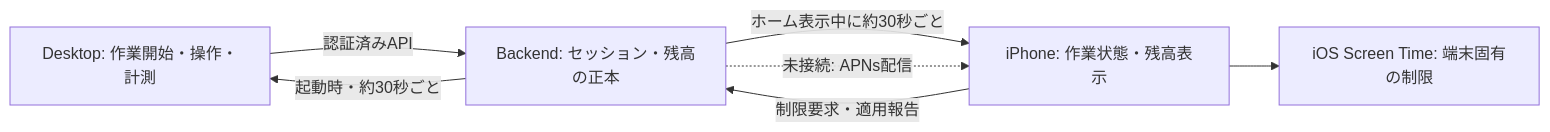
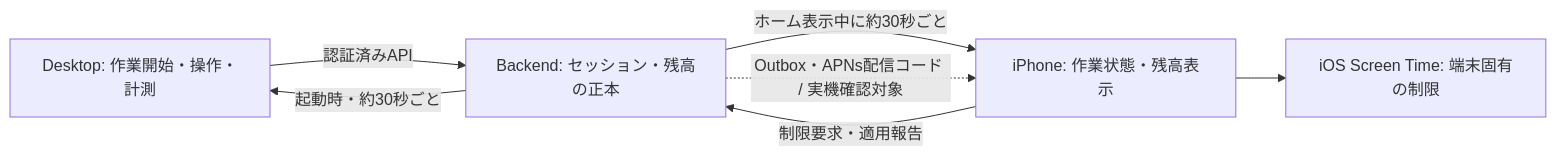
The diagram in docs/spec/8.desktop-mobile連携の現状と課題.md (jphacks/tkb_2622), drawn with Mermaid before and after one commit. The commit also changed other lines of this file and 18 other files, not shown here.

````diff
--- a/docs/spec/8.desktop-mobile連携の現状と課題.md
+++ b/docs/spec/8.desktop-mobile連携の現状と課題.md
@@ -40,9 +40,9 @@
 ```mermaid
 flowchart LR
     D[Desktop: 作業開始・操作・計測] -->|認証済みAPI| B[Backend: セッション・残高の正本]
     B -->|ホーム表示中に約30秒ごと| I[iPhone: 作業状態・残高表示]
     I -->|制限要求・適用報告| B
     I --> O[iOS Screen Time: 端末固有の制限]
     B -->|起動時・約30秒ごと| D
-    B -.未接続: APNs配信.-> I
+    B -.Outbox・APNs配信コード / 実機確認対象.-> I
 ```
````
